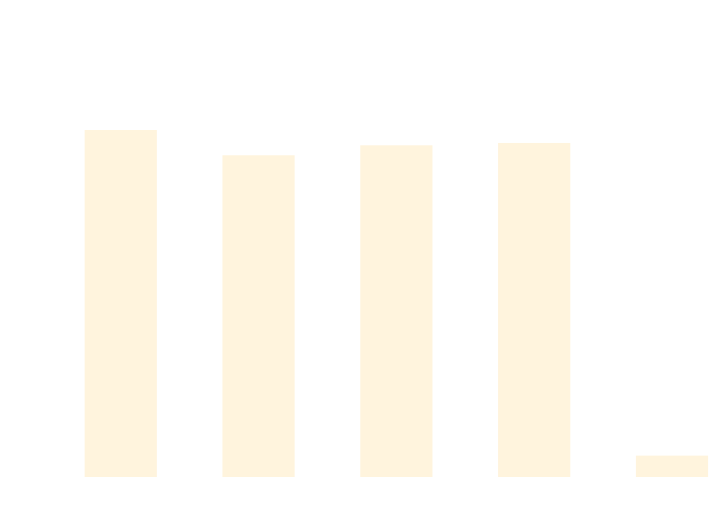
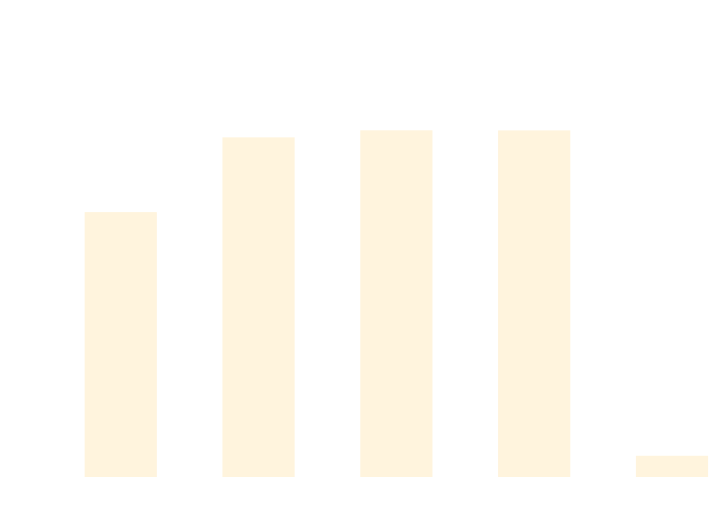
Before and after one commit to thomhurst/TUnit: the diagram in docs/docs/benchmarks/DataDrivenTests.md, drawn with Mermaid. The commit also changed other lines of this file and 16 other files, not shown here.

````diff
--- a/docs/docs/benchmarks/DataDrivenTests.md
+++ b/docs/docs/benchmarks/DataDrivenTests.md
@@ -27,37 +27,37 @@
 ```mermaid
 %%{init: {
   'theme':'base',
   'themeVariables': {
     'primaryColor': '#2563eb',
     'primaryTextColor': '#ffffff',
     'primaryBorderColor': '#1e40af',
     'lineColor': '#6b7280',
     'secondaryColor': '#7c3aed',
     'tertiaryColor': '#dc2626',
     'background': '#ffffff',
     'mainBkg': '#2563eb',
     'secondBkg': '#7c3aed',
     'tertiaryBkg': '#dc2626',
     'clusterBkg': '#f3f4f6',
     'edgeLabelBackground': '#ffffff',
     'tertiaryTextColor': '#1f2937',
     'pie1': '#2563eb',
     'pie2': '#7c3aed',
     'pie3': '#dc2626',
     'pie4': '#f59e0b',
     'pie5': '#10b981',
     'pie6': '#06b6d4',
     'pie7': '#ec4899',
     'pie8': '#6366f1',
     'pie9': '#84cc16',
     'pie10': '#f97316',
     'pie11': '#14b8a6',
     'pie12': '#a855f7'
   }
 }}%%
 xychart-beta
   title "DataDrivenTests Performance Comparison"
   x-axis ["TUnit", "NUnit", "MSTest", "xUnit3", "TUnit_AOT"]
-  y-axis "Time (ms)" 0 --> 738
-  bar [614.74, 568.89, 586.97, 591.21, 24.28]
+  y-axis "Time (ms)" 0 --> 702
+  bar [443.08, 572.03, 584.18, 584.03, 22.83]
 ```
````
